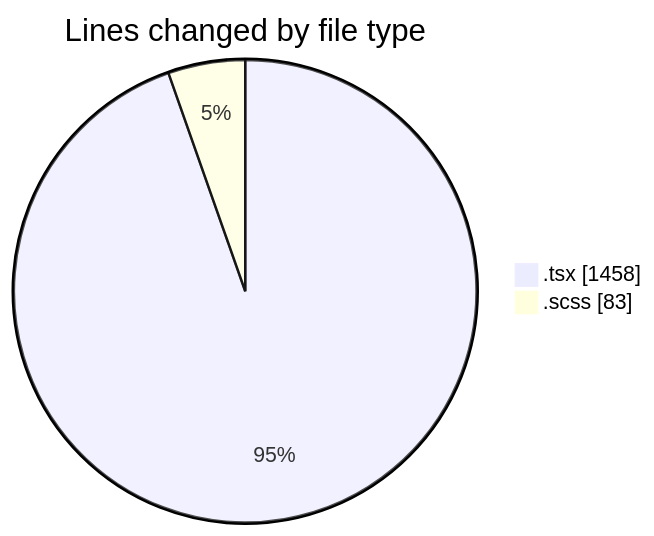
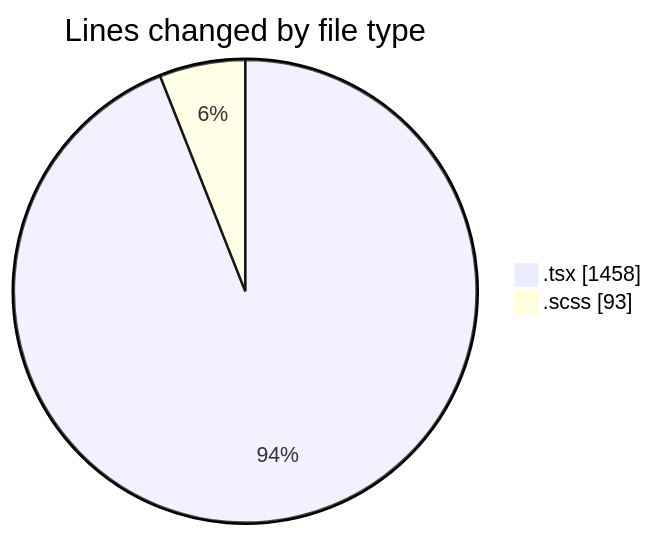
The first of 2 diagrams in 2025-04-07/cda/README.md (momahboobian/code-tracking), drawn with Mermaid before and after one commit. The commit also changed other lines of this file and 1 other file, not shown here.

````diff
--- a/2025-04-07/cda/README.md
+++ b/2025-04-07/cda/README.md
@@ -24,6 +24,6 @@
 ```mermaid
 pie showData
 title Lines changed by file type
 ".tsx" : 1458
-".scss" : 83
+".scss" : 93
 ```
````
